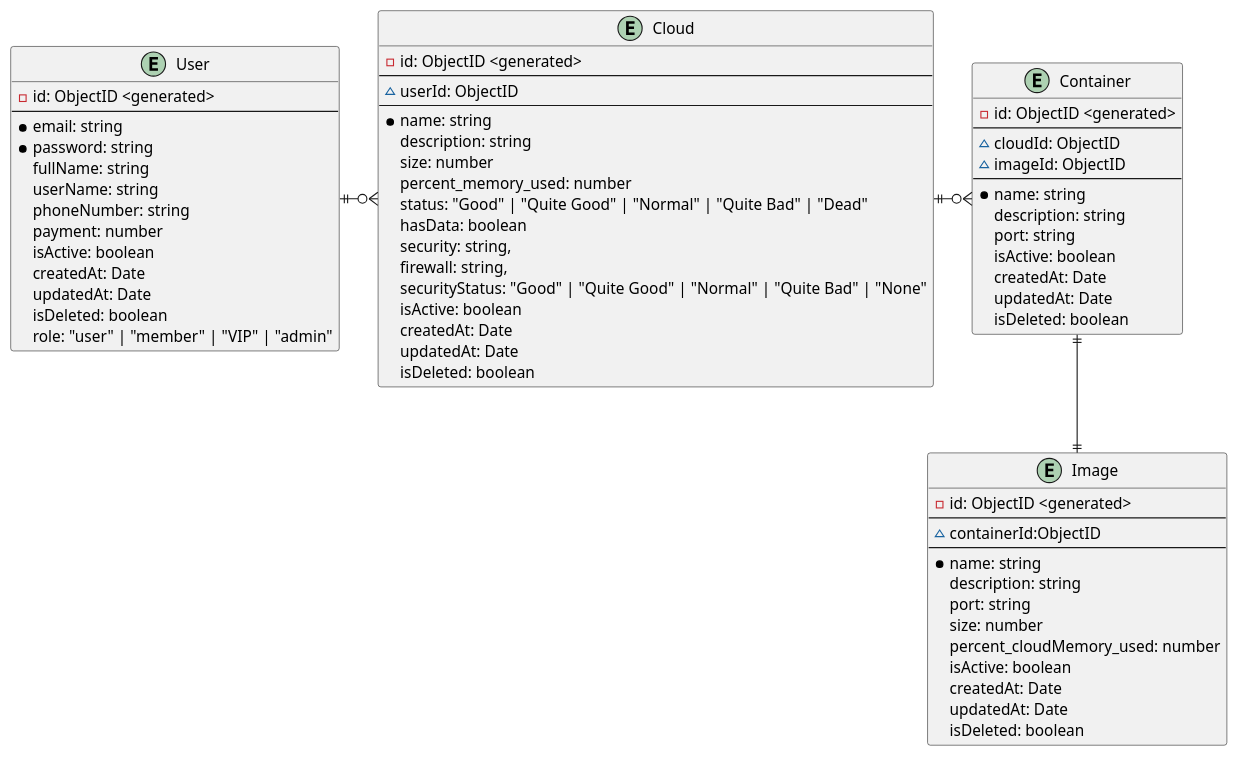
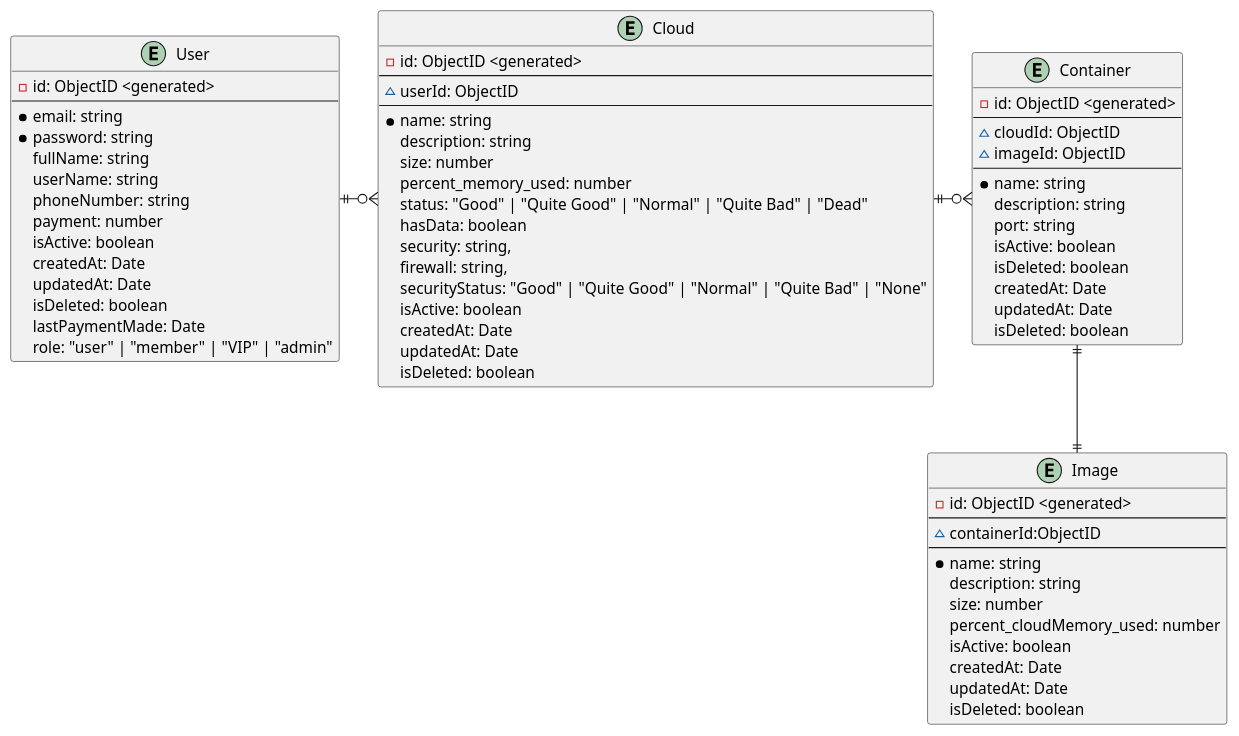
Before and after one commit to Tiensp/capstone-project-SET: the diagram in docs/enityRelationship/ERD.puml, drawn with PlantUML. The commit also changed 27 other files, not shown here.

```diff
--- a/docs/enityRelationship/ERD.puml
+++ b/docs/enityRelationship/ERD.puml
@@ -1,79 +1,80 @@
 @startuml Application use cases diagram
 skinparam actorStyle awesome
 
 entity Cloud{
   -id: ObjectID <generated>
   --
   ~userId: ObjectID
   --
   *name: string
   description: string
   size: number
   percent_memory_used: number
   status: "Good" | "Quite Good" | "Normal" | "Quite Bad" | "Dead"
   hasData: boolean
   security: string,
   firewall: string,
   securityStatus: "Good" | "Quite Good" | "Normal" | "Quite Bad" | "None"
   isActive: boolean
   createdAt: Date
   updatedAt: Date
   isDeleted: boolean
 }
 
 entity Container{
   -id: ObjectID <generated>
   --
   ~cloudId: ObjectID
   ~imageId: ObjectID
   --
   *name: string
   description: string
   port: string
   isActive: boolean
+  isDeleted: boolean
   createdAt: Date
   updatedAt: Date
   isDeleted: boolean
 }
 
 entity Image{
   -id: ObjectID <generated>
   --
   ~containerId:ObjectID
   --
   *name: string
   description: string
-  port: string
   size: number
   percent_cloudMemory_used: number
   isActive: boolean
   createdAt: Date
   updatedAt: Date
   isDeleted: boolean
 }
 
 
 entity User {
   -id: ObjectID <generated>
   --
   *email: string
   *password: string
   fullName: string
   userName: string
   phoneNumber: string
   payment: number
   isActive: boolean
   createdAt: Date
   updatedAt: Date
   isDeleted: boolean
+  lastPaymentMade: Date
   role: "user" | "member" | "VIP" | "admin"
 }
 
 Cloud ||-o{ Container
 Container ||--|| Image
 User ||-o{ Cloud
 
 
 
 
 @enduml
```
